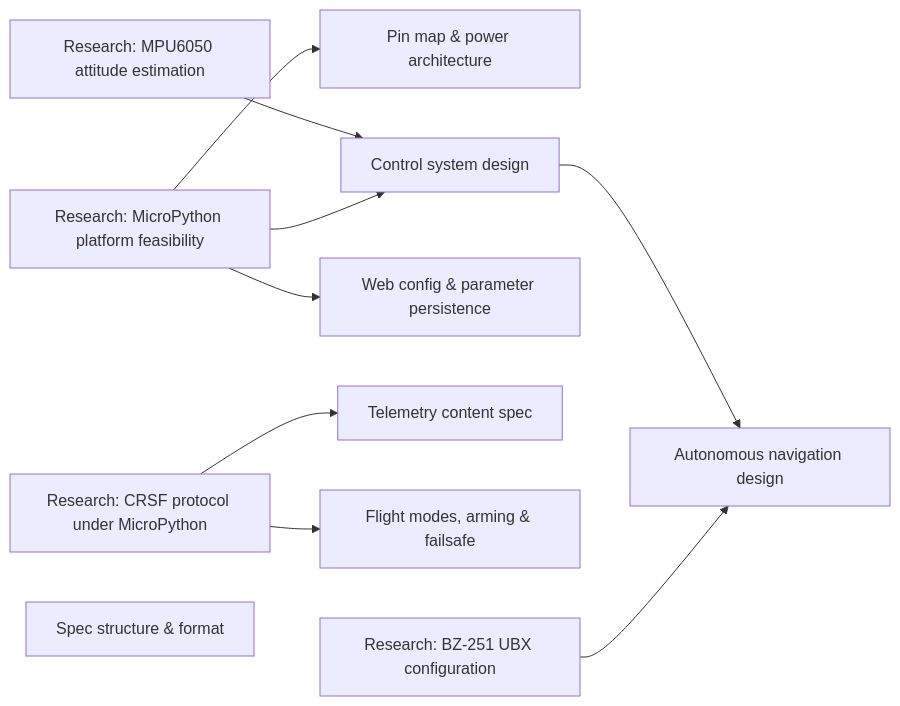
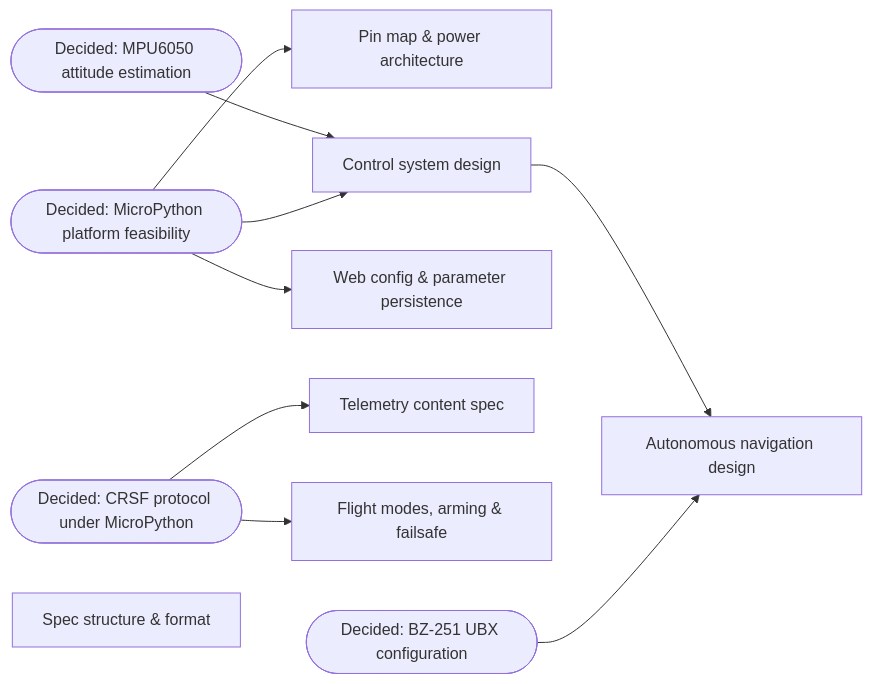
One commit to sddark/FlyPy changed the diagram in docs/wayfinding/pico-wing-fc.md. Above: the diagram before and after it, drawn with Mermaid. The commit also changed other lines of this file and 8 other files, not shown here.

Commit message:
resolve 4 research parts: platform feasible, CRSF/UBX documented, Mahony estimator chosen

````diff
--- a/docs/wayfinding/pico-wing-fc.md
+++ b/docs/wayfinding/pico-wing-fc.md
@@ -23,23 +23,23 @@
 ```mermaid
 flowchart LR
-    r1["Research: MicroPython platform feasibility"] --> pinmap["Pin map & power architecture"]
+    r1(["Decided: MicroPython platform feasibility"]) --> pinmap["Pin map & power architecture"]
     r1 --> control["Control system design"]
     r1 --> webcfg["Web config & parameter persistence"]
-    r2["Research: CRSF protocol under MicroPython"] --> telem["Telemetry content spec"]
+    r2(["Decided: CRSF protocol under MicroPython"]) --> telem["Telemetry content spec"]
     r2 --> modes["Flight modes, arming & failsafe"]
-    r3["Research: BZ-251 UBX configuration"] --> nav["Autonomous navigation design"]
-    r4["Research: MPU6050 attitude estimation"] --> control
+    r3(["Decided: BZ-251 UBX configuration"]) --> nav["Autonomous navigation design"]
+    r4(["Decided: MPU6050 attitude estimation"]) --> control
     spec["Spec structure & format"]
     control --> nav
     click r1 "./pico-wing-fc/research-micropython-platform.md"
     click r2 "./pico-wing-fc/research-crsf-protocol.md"
     click r3 "./pico-wing-fc/research-bz251-ubx.md"
     click r4 "./pico-wing-fc/research-mpu6050-attitude.md"
     click spec "./pico-wing-fc/spec-structure.md"
     click pinmap "./pico-wing-fc/pin-map-power.md"
     click control "./pico-wing-fc/control-system-design.md"
     click modes "./pico-wing-fc/flight-modes-arming-failsafe.md"
     click webcfg "./pico-wing-fc/web-config-persistence.md"
     click telem "./pico-wing-fc/telemetry-content.md"
     click nav "./pico-wing-fc/autonomous-navigation.md"
 ```
````
